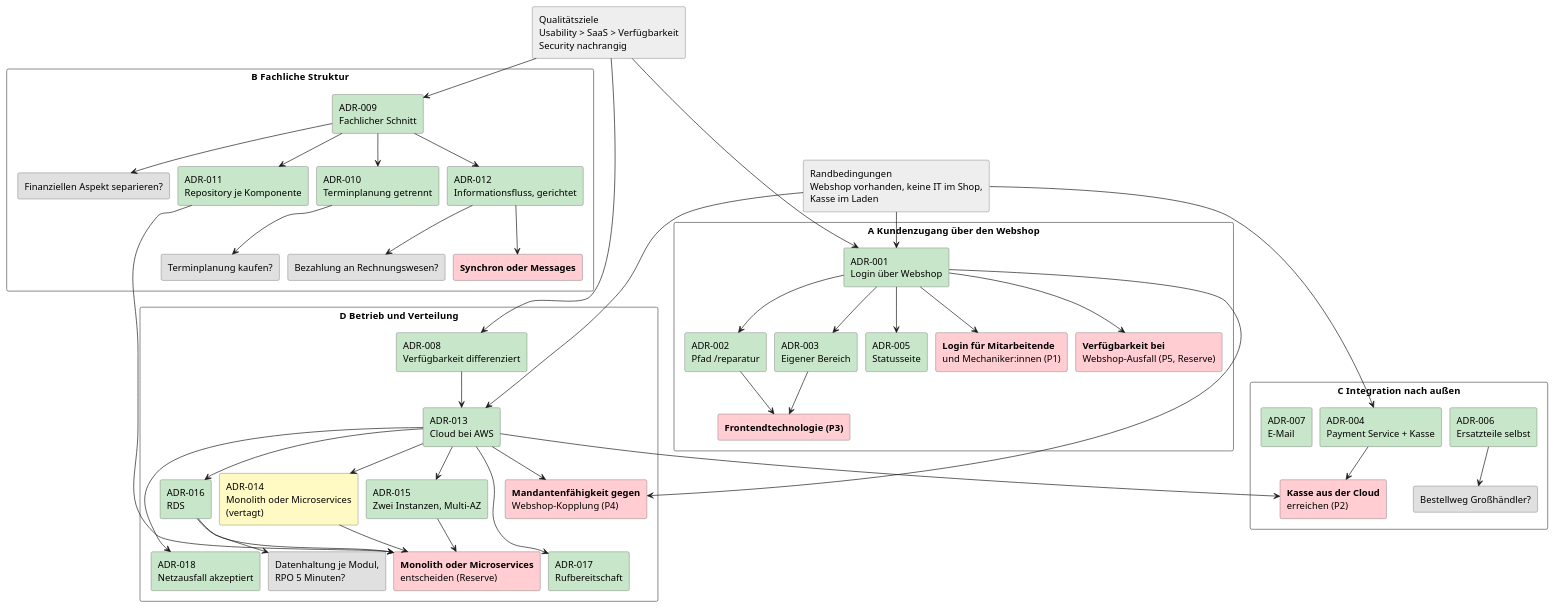
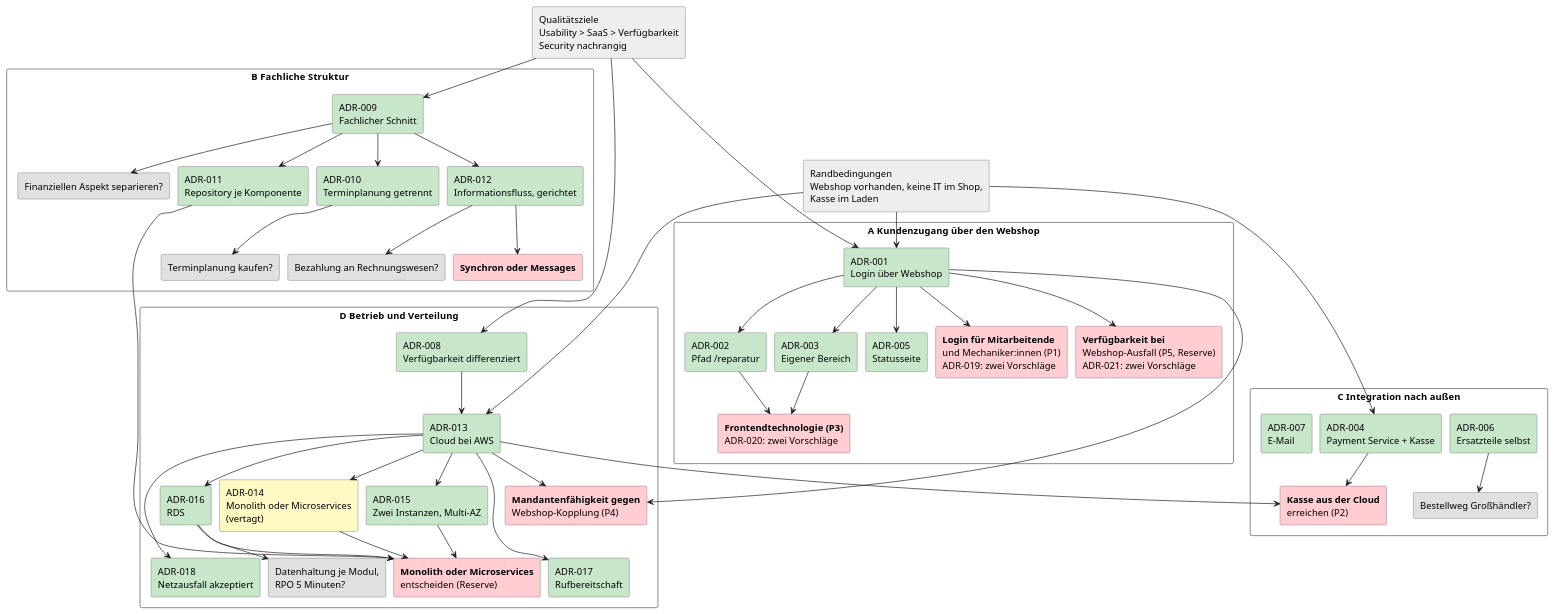
Before and after one commit to LLM-Coding/fahrrad-reparatur-architektur: the diagram in src/docs/arc42/chapters/09_architecture_decisions.adoc, drawn with PlantUML. The commit also changed other lines of this file and 3 other files, not shown here.

```diff
--- a/src/docs/arc42/chapters/09_architecture_decisions.adoc
+++ b/src/docs/arc42/chapters/09_architecture_decisions.adoc
@@ -70,9 +70,9 @@
   rectangle "ADR-002\nPfad /reparatur" as a2 #C8E6C9
   rectangle "ADR-003\nEigener Bereich" as a3 #C8E6C9
   rectangle "ADR-005\nStatusseite" as a5 #C8E6C9
-  rectangle "<b>Login für Mitarbeitende\nund Mechaniker:innen (P1)" as f1 #FFCDD2
-  rectangle "<b>Verfügbarkeit bei\nWebshop-Ausfall (P5, Reserve)" as f6 #FFCDD2
-  rectangle "<b>Frontendtechnologie (P3)" as f7 #FFCDD2
+  rectangle "<b>Login für Mitarbeitende\nund Mechaniker:innen (P1)\nADR-019: zwei Vorschläge" as f1 #FFCDD2
+  rectangle "<b>Verfügbarkeit bei\nWebshop-Ausfall (P5, Reserve)\nADR-021: zwei Vorschläge" as f6 #FFCDD2
+  rectangle "<b>Frontendtechnologie (P3)\nADR-020: zwei Vorschläge" as f7 #FFCDD2
 }
 
 package "B  Fachliche Struktur" {
```
